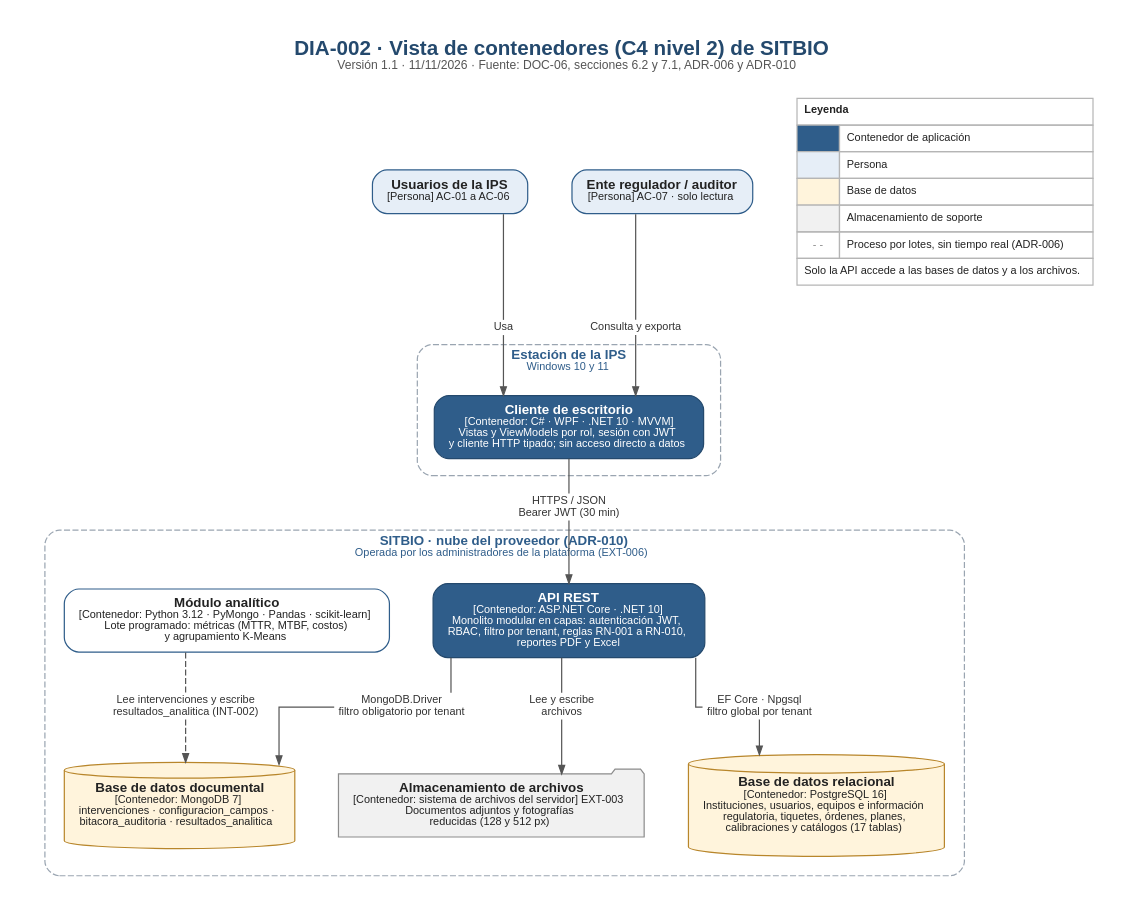
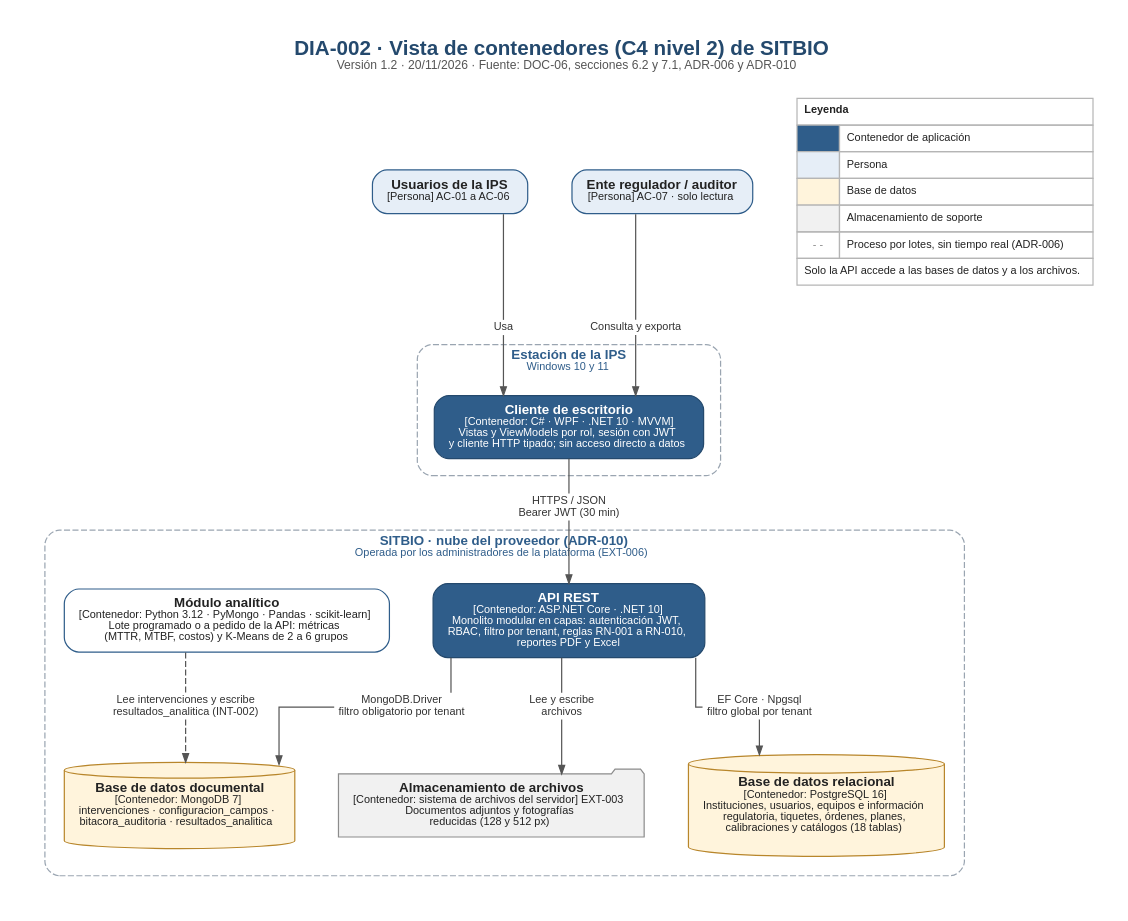
Before and after one commit to miguelangelOcampo/Sitbio: the diagram in docs/arquitectura/diagramas/DIA-002_Contenedores_C4.dot, drawn with Graphviz. The commit also changed 17 other files, not shown here.

Commit message:
docs: documentación del 20/11 — ADR-006 aceptado y ampliado, DOC-05 a DOC-09, diagramas DIA-002, 005, 006 y 008, y Go / No-Go de la v1.2.0 (#59)

```diff
--- a/docs/arquitectura/diagramas/DIA-002_Contenedores_C4.dot
+++ b/docs/arquitectura/diagramas/DIA-002_Contenedores_C4.dot
@@ -1,62 +1,62 @@
 // DIA-002 v1.0 (09/11/2026): vista de contenedores C4 nivel 2 de SITBIO. Fuente: DOC-06 secciones 6.2 y 7.1, ADR-006 y ADR-010.
 // Líneas en ángulo recto (splines=ortho); las etiquetas de las relaciones son nodos intermedios.
 digraph DIA002 {
-  graph [labelloc=t, fontsize=17, fontcolor="#24496D", label=<<b>DIA-002 · Vista de contenedores (C4 nivel 2) de SITBIO</b><br/><font point-size="10" color="#555555">Versión 1.1 · 11/11/2026 · Fuente: DOC-06, secciones 6.2 y 7.1, ADR-006 y ADR-010</font><br/> >, rankdir=TB, splines=ortho, nodesep=0.5, ranksep=0.4, fontname="Liberation Sans", bgcolor="white", pad=0.3, forcelabels=true, newrank=true];
+  graph [labelloc=t, fontsize=17, fontcolor="#24496D", label=<<b>DIA-002 · Vista de contenedores (C4 nivel 2) de SITBIO</b><br/><font point-size="10" color="#555555">Versión 1.2 · 20/11/2026 · Fuente: DOC-06, secciones 6.2 y 7.1, ADR-006 y ADR-010</font><br/> >, rankdir=TB, splines=ortho, nodesep=0.5, ranksep=0.4, fontname="Liberation Sans", bgcolor="white", pad=0.3, forcelabels=true, newrank=true];
   node  [shape=box, style="rounded,filled", fontname="Liberation Sans", fontsize=11, color="#8C8C8C", fillcolor="#FFFFFF", fontcolor="#222222", margin="0.16,0.10"];
   edge  [color="#555555", fontname="Liberation Sans", fontsize=9, fontcolor="#333333", arrowsize=0.7];
 
   usu [label=<<b>Usuarios de la IPS</b><br/><font point-size="9">[Persona] AC-01 a AC-06</font>>, fillcolor="#E6EEF7", color="#2F5D8A"];
   aud [label=<<b>Ente regulador / auditor</b><br/><font point-size="9">[Persona] AC-07 · solo lectura</font>>, fillcolor="#E6EEF7", color="#2F5D8A"];
 
   subgraph cluster_est {
     label=<<b>Estación de la IPS</b><br/><font point-size="9">Windows 10 y 11</font>>; fontsize=11; fontcolor="#2F5D8A"; style="rounded,dashed"; color="#9AA5B1"; margin=14;
     wpf [label=<<b>Cliente de escritorio</b><br/><font point-size="9">[Contenedor: C# · WPF · .NET 10 · MVVM]</font><br/><font point-size="9">Vistas y ViewModels por rol, sesión con JWT<br/>y cliente HTTP tipado; sin acceso directo a datos</font>>, fillcolor="#2F5D8A", color="#24496D", fontcolor="#FFFFFF"];
   }
 
   subgraph cluster_nube {
     label=<<b>SITBIO · nube del proveedor (ADR-010)</b><br/><font point-size="9">Operada por los administradores de la plataforma (EXT-006)</font>>; fontsize=11; fontcolor="#2F5D8A"; style="rounded,dashed"; color="#9AA5B1"; margin=16;
     api [label=<<b>API REST</b><br/><font point-size="9">[Contenedor: ASP.NET Core · .NET 10]</font><br/><font point-size="9">Monolito modular en capas: autenticación JWT,<br/>RBAC, filtro por tenant, reglas RN-001 a RN-010,<br/>reportes PDF y Excel</font>>, fillcolor="#2F5D8A", color="#24496D", fontcolor="#FFFFFF"];
-    pg  [label=<<b>Base de datos relacional</b><br/><font point-size="9">[Contenedor: PostgreSQL 16]</font><br/><font point-size="9">Instituciones, usuarios, equipos e información<br/>regulatoria, tiquetes, órdenes, planes,<br/>calibraciones y catálogos (17 tablas)</font>>, shape=cylinder, style=filled, fillcolor="#FFF4DC", color="#B8862B"];
+    pg  [label=<<b>Base de datos relacional</b><br/><font point-size="9">[Contenedor: PostgreSQL 16]</font><br/><font point-size="9">Instituciones, usuarios, equipos e información<br/>regulatoria, tiquetes, órdenes, planes,<br/>calibraciones y catálogos (18 tablas)</font>>, shape=cylinder, style=filled, fillcolor="#FFF4DC", color="#B8862B"];
     mg  [label=<<b>Base de datos documental</b><br/><font point-size="9">[Contenedor: MongoDB 7]</font><br/><font point-size="9">intervenciones · configuracion_campos ·<br/>bitacora_auditoria · resultados_analitica</font>>, shape=cylinder, style=filled, fillcolor="#FFF4DC", color="#B8862B"];
     fs  [label=<<b>Almacenamiento de archivos</b><br/><font point-size="9">[Contenedor: sistema de archivos del servidor] EXT-003</font><br/><font point-size="9">Documentos adjuntos y fotografías<br/>reducidas (128 y 512 px)</font>>, shape=folder, style=filled, fillcolor="#F1F1F1"];
-    py  [label=<<b>Módulo analítico</b><br/><font point-size="9">[Contenedor: Python 3.12 · PyMongo · Pandas · scikit-learn]</font><br/><font point-size="9">Lote programado: métricas (MTTR, MTBF, costos)<br/>y agrupamiento K-Means</font>>, fillcolor="#FFFFFF", color="#2F5D8A"];
+    py  [label=<<b>Módulo analítico</b><br/><font point-size="9">[Contenedor: Python 3.12 · PyMongo · Pandas · scikit-learn]</font><br/><font point-size="9">Lote programado o a pedido de la API: métricas<br/>(MTTR, MTBF, costos) y K-Means de 2 a 6 grupos</font>>, fillcolor="#FFFFFF", color="#2F5D8A"];
       lbl4 [shape=box, style="filled", fillcolor="white", color="white", label="EF Core · Npgsql\nfiltro global por tenant", fontsize=9, fontcolor="#333333", margin="0.03,0.01", width=0, height=0];
     lbl5 [shape=box, style="filled", fillcolor="white", color="white", label="MongoDB.Driver\nfiltro obligatorio por tenant", fontsize=9, fontcolor="#333333", margin="0.03,0.01", width=0, height=0];
     lbl6 [shape=box, style="filled", fillcolor="white", color="white", label="Lee y escribe\narchivos", fontsize=9, fontcolor="#333333", margin="0.03,0.01", width=0, height=0];
     lbl7 [shape=box, style="filled", fillcolor="white", color="white", label="Lee intervenciones y escribe\nresultados_analitica (INT-002)", fontsize=9, fontcolor="#333333", margin="0.03,0.01", width=0, height=0];
   }
 
   usu -> lbl1 [arrowhead=none];
 
   lbl1 -> wpf;
   aud -> lbl2 [arrowhead=none];
   lbl2 -> wpf;
   wpf -> lbl3 [arrowhead=none];
   lbl3 -> api;
   api -> lbl4 [arrowhead=none];
   lbl4 -> pg;
   api -> lbl5 [arrowhead=none];
   lbl5 -> mg;
   api -> lbl6 [arrowhead=none];
   lbl6 -> fs;
   py -> lbl7 [style=dashed, arrowhead=none];
   lbl7 -> mg [style=dashed];
 
   {rank=same; pg; mg; fs}
 
   legend [shape=plaintext, style="", margin=0, label=<
     <table border="0" cellborder="1" cellspacing="0" cellpadding="5" color="#B5B5B5">
       <tr><td colspan="2" align="left"><font point-size="9"><b>Leyenda</b></font></td></tr>
       <tr><td bgcolor="#2F5D8A" width="22"></td><td align="left"><font point-size="9">Contenedor de aplicación</font></td></tr>
       <tr><td bgcolor="#E6EEF7" width="22"></td><td align="left"><font point-size="9">Persona</font></td></tr>
       <tr><td bgcolor="#FFF4DC" width="22"></td><td align="left"><font point-size="9">Base de datos</font></td></tr>
       <tr><td bgcolor="#F1F1F1" width="22"></td><td align="left"><font point-size="9">Almacenamiento de soporte</font></td></tr>
       <tr><td width="22"><font point-size="9" color="#8C8C8C">- -</font></td><td align="left"><font point-size="9">Proceso por lotes, sin tiempo real (ADR-006)</font></td></tr>
       <tr><td colspan="2" align="left"><font point-size="9">Solo la API accede a las bases de datos y a los archivos.</font></td></tr>
     </table>>];
   {rank=same; usu; aud; legend}
   {rank=same; py; api}
     lbl1 [shape=box, style="filled", fillcolor="white", color="white", label="Usa", fontsize=9, fontcolor="#333333", margin="0.03,0.01", width=0, height=0];
     lbl2 [shape=box, style="filled", fillcolor="white", color="white", label="Consulta y exporta", fontsize=9, fontcolor="#333333", margin="0.03,0.01", width=0, height=0];
     lbl3 [shape=box, style="filled", fillcolor="white", color="white", label="HTTPS / JSON\nBearer JWT (30 min)", fontsize=9, fontcolor="#333333", margin="0.03,0.01", width=0, height=0];
 }
```
